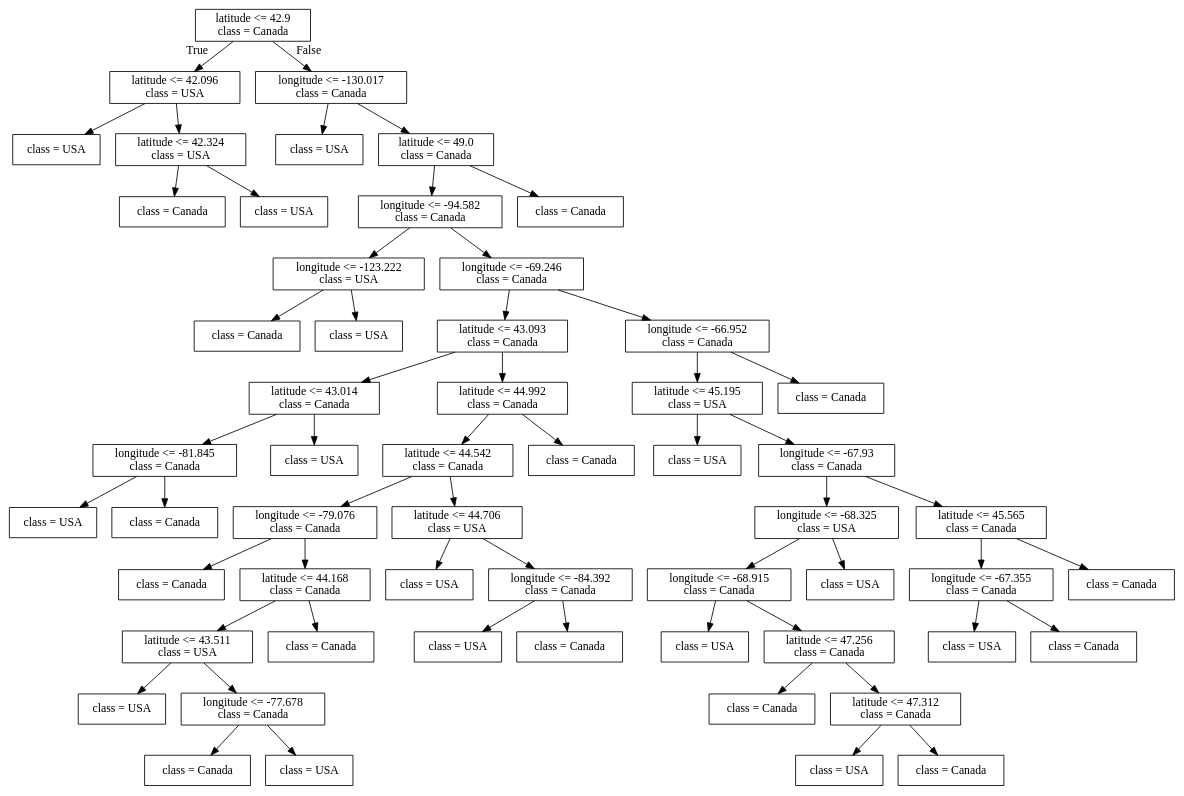
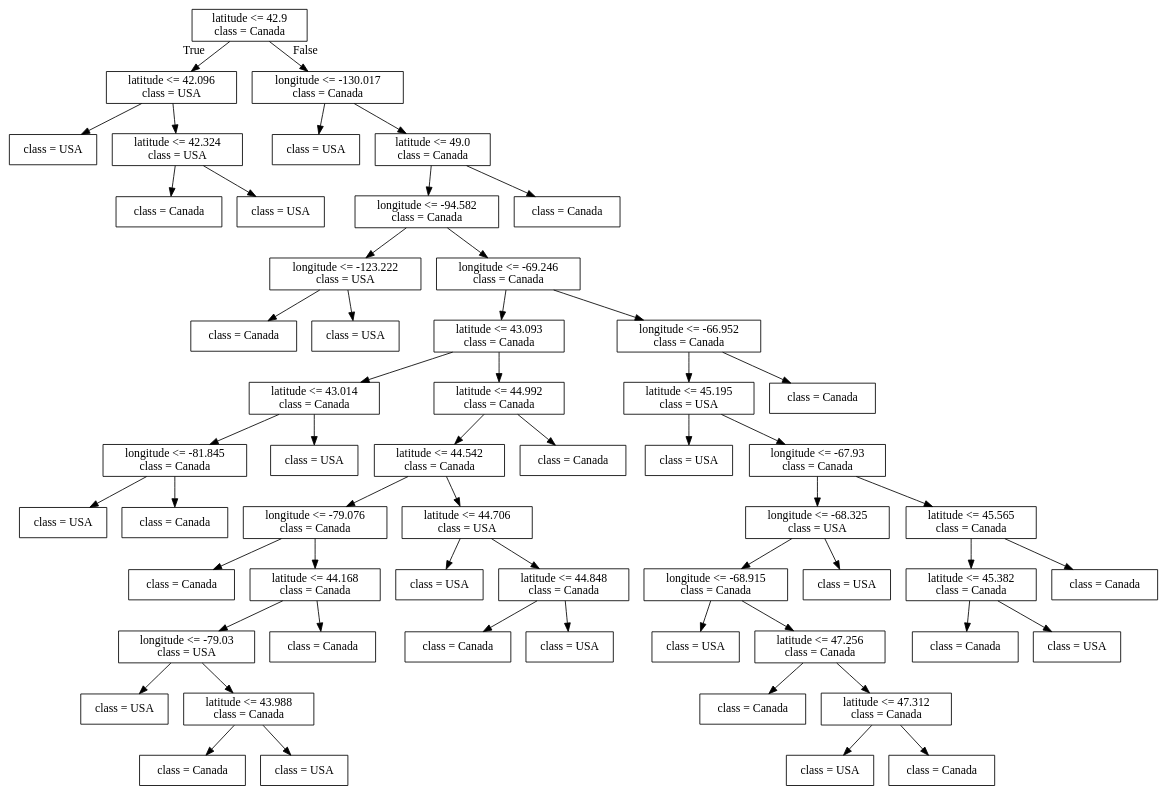
Before and after one commit to bait509-ubc/BAIT509: the diagram in lectures/Source.gv, drawn with Graphviz. The commit also changed 16 other files, not shown here.

```diff
--- a/lectures/Source.gv
+++ b/lectures/Source.gv
@@ -1,116 +1,116 @@
 digraph Tree {
 node [shape=box] ;
 0 [label="latitude <= 42.9\nclass = Canada"] ;
 1 [label="latitude <= 42.096\nclass = USA"] ;
 0 -> 1 [labeldistance=2.5, labelangle=45, headlabel="True"] ;
 2 [label="class = USA"] ;
 1 -> 2 ;
 3 [label="latitude <= 42.324\nclass = USA"] ;
 1 -> 3 ;
 4 [label="class = Canada"] ;
 3 -> 4 ;
 5 [label="class = USA"] ;
 3 -> 5 ;
 6 [label="longitude <= -130.017\nclass = Canada"] ;
 0 -> 6 [labeldistance=2.5, labelangle=-45, headlabel="False"] ;
 7 [label="class = USA"] ;
 6 -> 7 ;
 8 [label="latitude <= 49.0\nclass = Canada"] ;
 6 -> 8 ;
 9 [label="longitude <= -94.582\nclass = Canada"] ;
 8 -> 9 ;
 10 [label="longitude <= -123.222\nclass = USA"] ;
 9 -> 10 ;
 11 [label="class = Canada"] ;
 10 -> 11 ;
 12 [label="class = USA"] ;
 10 -> 12 ;
 13 [label="longitude <= -69.246\nclass = Canada"] ;
 9 -> 13 ;
 14 [label="latitude <= 43.093\nclass = Canada"] ;
 13 -> 14 ;
 15 [label="latitude <= 43.014\nclass = Canada"] ;
 14 -> 15 ;
 16 [label="longitude <= -81.845\nclass = Canada"] ;
 15 -> 16 ;
 17 [label="class = USA"] ;
 16 -> 17 ;
 18 [label="class = Canada"] ;
 16 -> 18 ;
 19 [label="class = USA"] ;
 15 -> 19 ;
 20 [label="latitude <= 44.992\nclass = Canada"] ;
 14 -> 20 ;
 21 [label="latitude <= 44.542\nclass = Canada"] ;
 20 -> 21 ;
 22 [label="longitude <= -79.076\nclass = Canada"] ;
 21 -> 22 ;
 23 [label="class = Canada"] ;
 22 -> 23 ;
 24 [label="latitude <= 44.168\nclass = Canada"] ;
 22 -> 24 ;
-25 [label="latitude <= 43.511\nclass = USA"] ;
+25 [label="longitude <= -79.03\nclass = USA"] ;
 24 -> 25 ;
 26 [label="class = USA"] ;
 25 -> 26 ;
-27 [label="longitude <= -77.678\nclass = Canada"] ;
+27 [label="latitude <= 43.988\nclass = Canada"] ;
 25 -> 27 ;
 28 [label="class = Canada"] ;
 27 -> 28 ;
 29 [label="class = USA"] ;
 27 -> 29 ;
 30 [label="class = Canada"] ;
 24 -> 30 ;
 31 [label="latitude <= 44.706\nclass = USA"] ;
 21 -> 31 ;
 32 [label="class = USA"] ;
 31 -> 32 ;
-33 [label="longitude <= -84.392\nclass = Canada"] ;
+33 [label="latitude <= 44.848\nclass = Canada"] ;
 31 -> 33 ;
-34 [label="class = USA"] ;
+34 [label="class = Canada"] ;
 33 -> 34 ;
-35 [label="class = Canada"] ;
+35 [label="class = USA"] ;
 33 -> 35 ;
 36 [label="class = Canada"] ;
 20 -> 36 ;
 37 [label="longitude <= -66.952\nclass = Canada"] ;
 13 -> 37 ;
 38 [label="latitude <= 45.195\nclass = USA"] ;
 37 -> 38 ;
 39 [label="class = USA"] ;
 38 -> 39 ;
 40 [label="longitude <= -67.93\nclass = Canada"] ;
 38 -> 40 ;
 41 [label="longitude <= -68.325\nclass = USA"] ;
 40 -> 41 ;
 42 [label="longitude <= -68.915\nclass = Canada"] ;
 41 -> 42 ;
 43 [label="class = USA"] ;
 42 -> 43 ;
 44 [label="latitude <= 47.256\nclass = Canada"] ;
 42 -> 44 ;
 45 [label="class = Canada"] ;
 44 -> 45 ;
 46 [label="latitude <= 47.312\nclass = Canada"] ;
 44 -> 46 ;
 47 [label="class = USA"] ;
 46 -> 47 ;
 48 [label="class = Canada"] ;
 46 -> 48 ;
 49 [label="class = USA"] ;
 41 -> 49 ;
 50 [label="latitude <= 45.565\nclass = Canada"] ;
 40 -> 50 ;
-51 [label="longitude <= -67.355\nclass = Canada"] ;
+51 [label="latitude <= 45.382\nclass = Canada"] ;
 50 -> 51 ;
-52 [label="class = USA"] ;
+52 [label="class = Canada"] ;
 51 -> 52 ;
-53 [label="class = Canada"] ;
+53 [label="class = USA"] ;
 51 -> 53 ;
 54 [label="class = Canada"] ;
 50 -> 54 ;
 55 [label="class = Canada"] ;
 37 -> 55 ;
 56 [label="class = Canada"] ;
 8 -> 56 ;
 }
```
